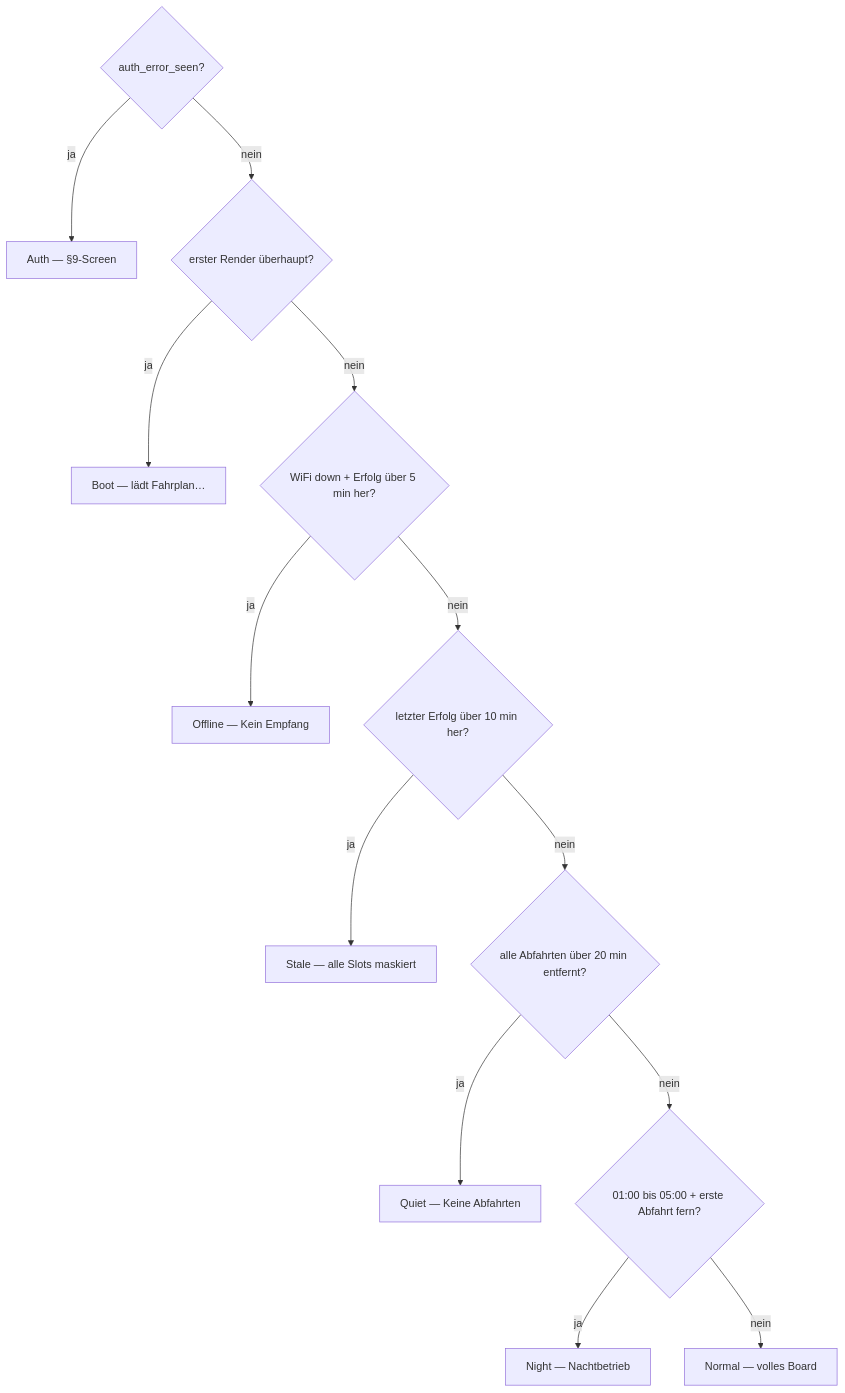
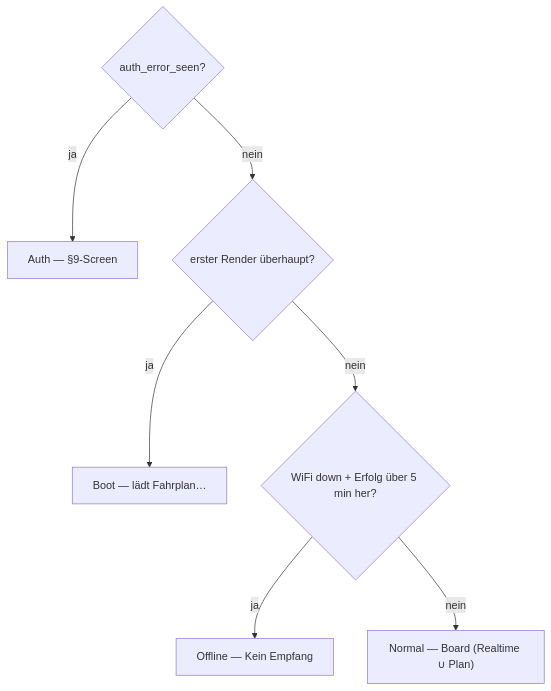
The fourth of 4 diagrams in docs/ARCHITECTURE.md (tgd1975/bustaferl), drawn with Mermaid before and after one commit. The commit also changed other lines of this file and 88 other files, not shown here.

````diff
--- a/docs/ARCHITECTURE.md
+++ b/docs/ARCHITECTURE.md
@@ -271,15 +288,9 @@
 ```mermaid
 flowchart TD
     A{"auth_error_seen?"} -->|ja| AUTH["Auth — §9-Screen"]
     A -->|nein| B{"erster Render überhaupt?"}
     B -->|ja| BOOT["Boot — lädt Fahrplan…"]
     B -->|nein| C{"WiFi down + Erfolg über 5 min her?"}
     C -->|ja| OFF["Offline — Kein Empfang"]
-    C -->|nein| D{"letzter Erfolg über 10 min her?"}
-    D -->|ja| STALE["Stale — alle Slots maskiert"]
-    D -->|nein| E{"alle Abfahrten über 20 min entfernt?"}
-    E -->|ja| QUIET["Quiet — Keine Abfahrten"]
-    E -->|nein| F{"01:00 bis 05:00 + erste Abfahrt fern?"}
-    F -->|ja| NIGHT["Night — Nachtbetrieb"]
-    F -->|nein| NORM["Normal — volles Board"]
+    C -->|nein| NORM["Normal — Board (Realtime ∪ Plan)"]
 ```
````
